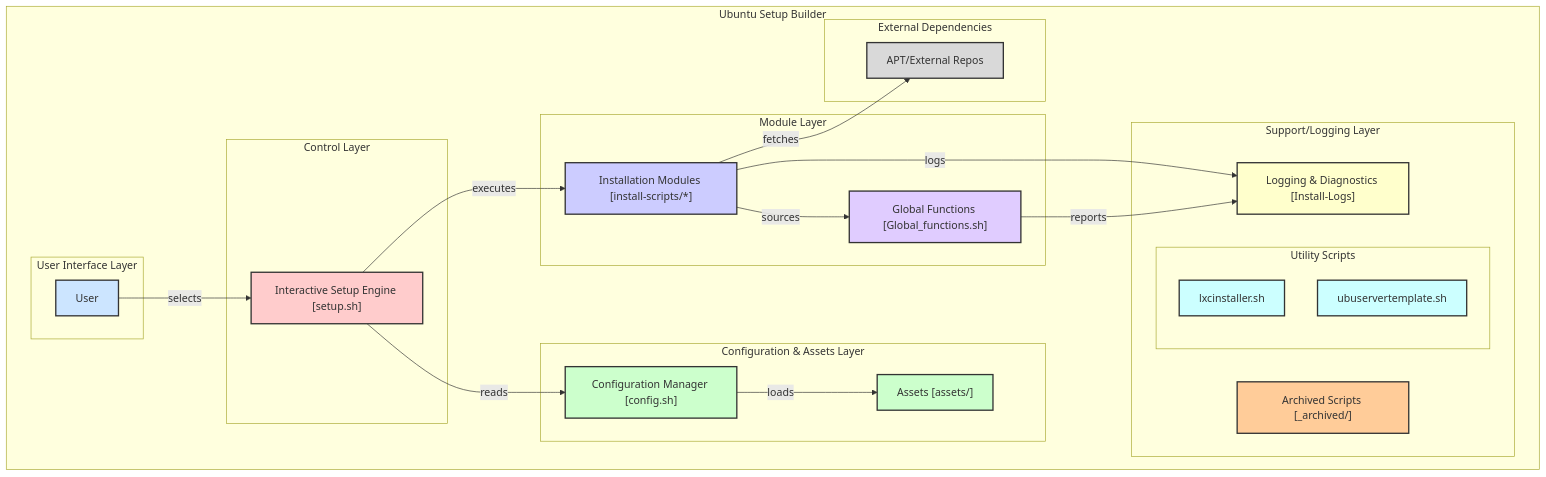
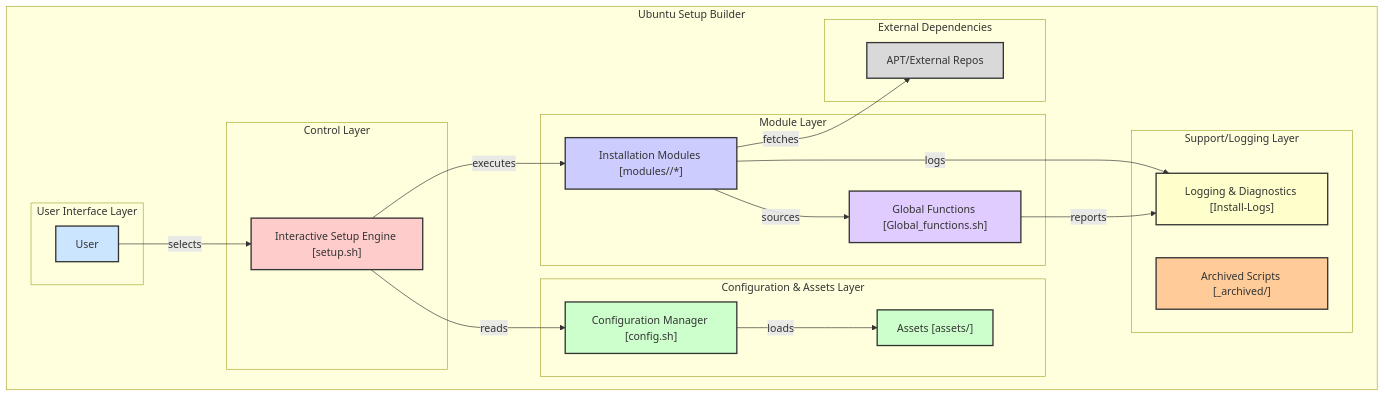
One commit to neop26/ubupublic changed the diagram in README.md. Above: the diagram before and after it, drawn with Mermaid. The commit also changed other lines of this file and 38 other files, not shown here.

First line of the commit message:
Refactor: Remove legacy install scripts and migrate to modular structure

````diff
--- a/README.md
+++ b/README.md
@@ -14,72 +14,67 @@
 ```mermaid
 flowchart TD
     subgraph "Ubuntu Setup Builder"
         %% User Interface Layer
         subgraph "User Interface Layer"
             U["User"]:::user
         end
 
         %% Control Layer
         subgraph "Control Layer"
             ISE["Interactive Setup Engine [setup.sh]"]:::engine
         end
 
         %% Configuration & Assets Layer
         subgraph "Configuration & Assets Layer"
             CM["Configuration Manager [config.sh]"]:::config
             AS["Assets [assets/]"]:::config
         end
 
         %% Module Layer
         subgraph "Module Layer"
-            IM["Installation Modules [install-scripts/*]"]:::module
+            IM["Installation Modules [modules/<os>/*]"]:::module
             GF["Global Functions [Global_functions.sh]"]:::global
         end
 
         %% Support/Logging Layer
         subgraph "Support/Logging Layer"
             Log["Logging & Diagnostics [Install-Logs]"]:::logging
             Arch["Archived Scripts [_archived/]"]:::archived
-            subgraph "Utility Scripts"
-                UTIL1["lxcinstaller.sh"]:::utility
-                UTIL2["ubuservertemplate.sh"]:::utility
-            end
         end
 
         %% External Dependencies
         subgraph "External Dependencies"
             APT["APT/External Repos"]:::external
         end
     end
 
     %% Relationships
     U -->|"selects"| ISE
     ISE -->|"reads"| CM
     CM -->|"loads"| AS
     ISE -->|"executes"| IM
     IM -->|"sources"| GF
     IM -->|"logs"| Log
     GF -->|"reports"| Log
     IM -->|"fetches"| APT
 
     %% Click Events
     click ISE "https://github.com/neop26/ubupublic/blob/main/setup.sh"
     click CM "https://github.com/neop26/ubupublic/blob/main/config.sh"
     click AS "https://github.com/neop26/ubupublic/tree/main/assets/"
-    click IM "https://github.com/neop26/ubupublic/tree/main/install-scripts/"
+    click IM "https://github.com/neop26/ubupublic/tree/main/modules/"
     click GF "https://github.com/neop26/ubupublic/blob/main/core/Global_functions.sh"
     click Arch "https://github.com/neop26/ubupublic/tree/main/_archived/"
-    click UTIL1 "https://github.com/neop26/ubupublic/blob/main/lxcinstaller.sh"
-    click UTIL2 "https://github.com/neop26/ubupublic/blob/main/ubuservertemplate.sh"
+    
 
     %% Styles
     classDef user fill:#cce5ff,stroke:#333,stroke-width:2px;
     classDef engine fill:#ffcccc,stroke:#333,stroke-width:2px;
     classDef config fill:#ccffcc,stroke:#333,stroke-width:2px;
     classDef module fill:#ccccff,stroke:#333,stroke-width:2px;
     classDef global fill:#e0ccff,stroke:#333,stroke-width:2px;
     classDef logging fill:#ffffcc,stroke:#333,stroke-width:2px;
     classDef archived fill:#ffcc99,stroke:#333,stroke-width:2px;
     classDef utility fill:#ccffff,stroke:#333,stroke-width:2px;
     classDef external fill:#d9d9d9,stroke:#333,stroke-width:2px;
 ```
````
